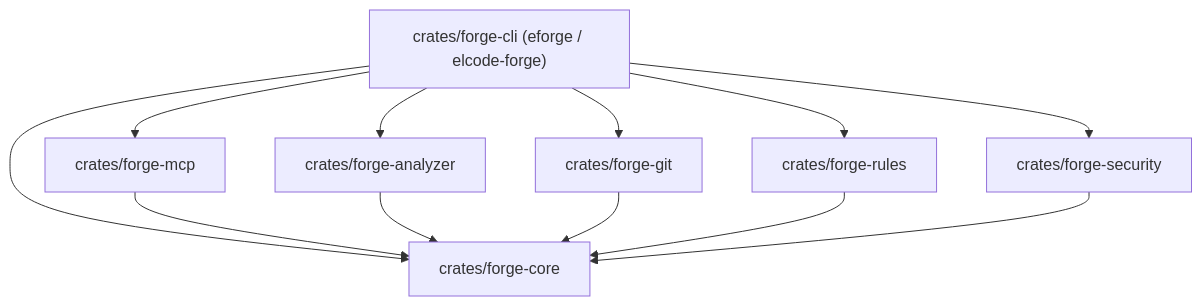
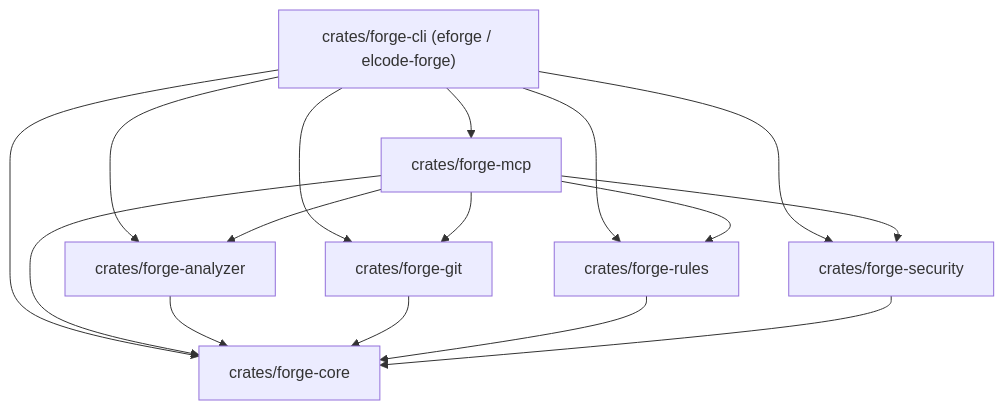
The diagram in README.md (elcode-id/elcode-forge), drawn with Mermaid before and after one commit. The commit also changed other lines of this file and 8 other files, not shown here.

````diff
--- a/README.md
+++ b/README.md
@@ -193,15 +266,19 @@
 ```mermaid
 flowchart TD
     CLI["crates/forge-cli (eforge / elcode-forge)"] --> ANALYZER["crates/forge-analyzer"]
     CLI --> GIT["crates/forge-git"]
     CLI --> RULES["crates/forge-rules"]
     CLI --> SECURITY["crates/forge-security"]
     CLI --> MCP["crates/forge-mcp"]
     CLI --> CORE["crates/forge-core"]
 
+    MCP --> ANALYZER
+    MCP --> GIT
+    MCP --> RULES
+    MCP --> SECURITY
     MCP --> CORE
     ANALYZER --> CORE
     GIT --> CORE
     RULES --> CORE
     SECURITY --> CORE
 ```
````
